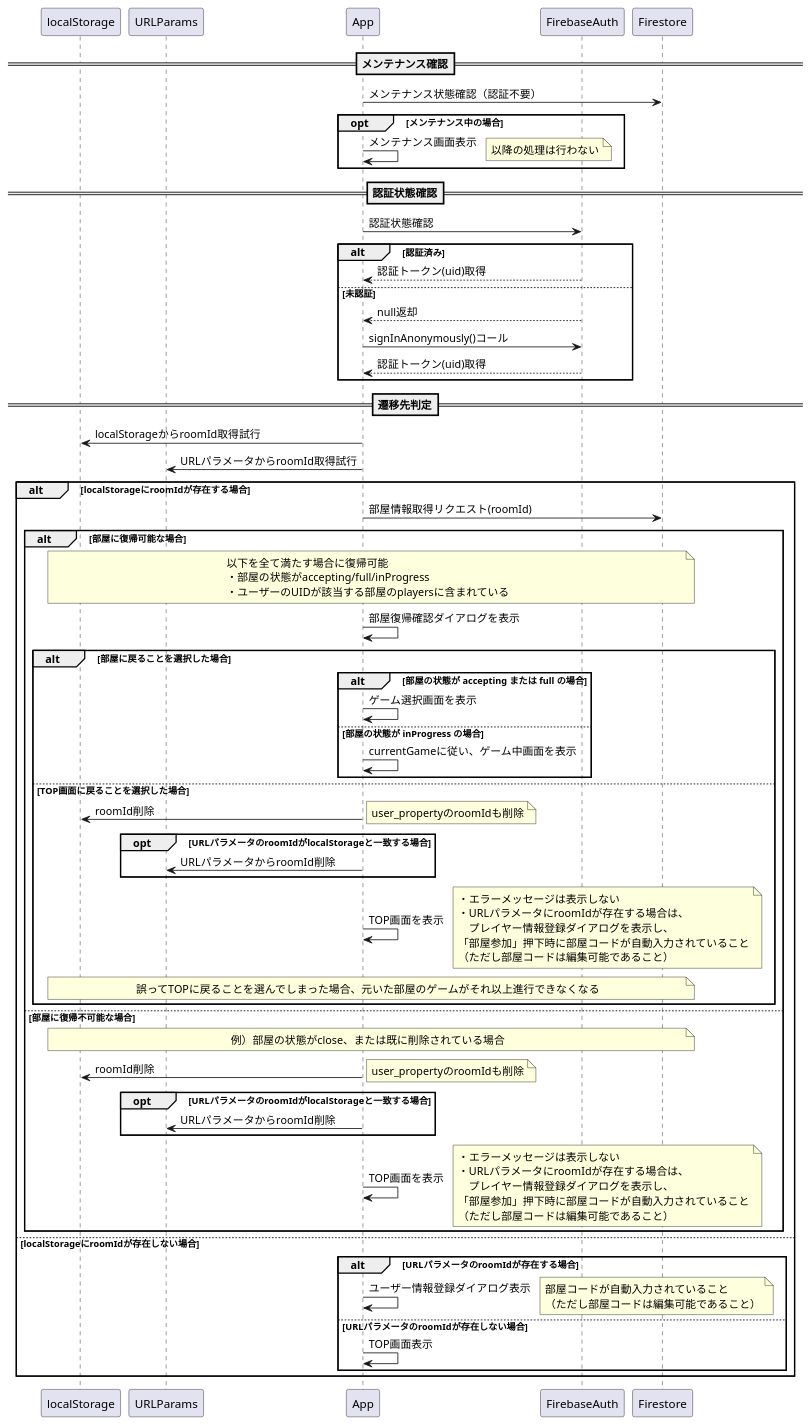
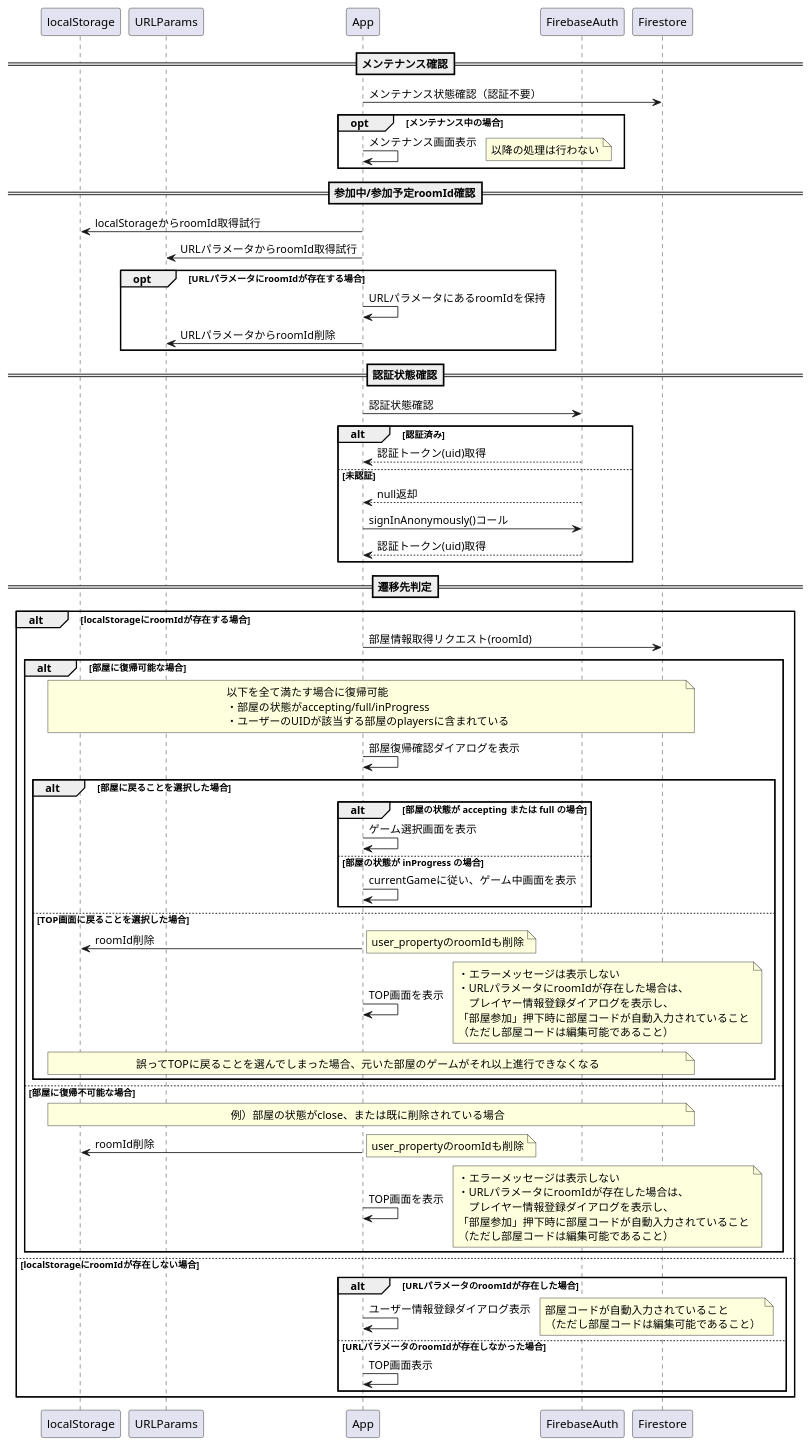
The diagram in doc/sequence/0000_startup_resume.wsd (hi-okuma/bdghub), drawn with PlantUML before and after one commit.

Commit message:
実装に即したシーケンス図の修正

```diff
--- a/doc/sequence/0000_startup_resume.wsd
+++ b/doc/sequence/0000_startup_resume.wsd
@@ -1,84 +1,83 @@
 @startuml
 
 participant localStorage
 participant URLParams
 participant App
 participant FirebaseAuth
 participant Firestore
 
 ==メンテナンス確認==
 
 App -> Firestore: メンテナンス状態確認（認証不要）
 
 opt メンテナンス中の場合
 App -> App: メンテナンス画面表示
 note right: 以降の処理は行わない
 end
 
+==参加中/参加予定roomId確認==
+
+App -> localStorage: localStorageからroomId取得試行
+App -> URLParams: URLパラメータからroomId取得試行
+opt URLパラメータにroomIdが存在する場合
+    App -> App: URLパラメータにあるroomIdを保持
+    App -> URLParams: URLパラメータからroomId削除
+end
+
 ==認証状態確認==
 
 App -> FirebaseAuth: 認証状態確認
 
 alt 認証済み
     App <-- FirebaseAuth: 認証トークン(uid)取得
 else 未認証
     App <-- FirebaseAuth: null返却
     App -> FirebaseAuth: signInAnonymously()コール
     App <-- FirebaseAuth: 認証トークン(uid)取得
 end
 
 ==遷移先判定==
 
-App -> localStorage: localStorageからroomId取得試行
-App -> URLParams: URLパラメータからroomId取得試行
 
 alt localStorageにroomIdが存在する場合
     App -> Firestore: 部屋情報取得リクエスト(roomId)
         
     alt 部屋に復帰可能な場合
         note across: 以下を全て満たす場合に復帰可能\n・部屋の状態がaccepting/full/inProgress\n・ユーザーのUIDが該当する部屋のplayersに含まれている
         App -> App: 部屋復帰確認ダイアログを表示
         
         alt 部屋に戻ることを選択した場合
             alt 部屋の状態が accepting または full の場合
                 App -> App: ゲーム選択画面を表示
             else 部屋の状態が inProgress の場合
                 App -> App: currentGameに従い、ゲーム中画面を表示
             end
         else TOP画面に戻ることを選択した場合
             App -> localStorage: roomId削除
             note right: user_propertyのroomIdも削除
-            
-            opt URLパラメータのroomIdがlocalStorageと一致する場合
-                App -> URLParams: URLパラメータからroomId削除
-            end
 
             App -> App: TOP画面を表示
-            note right: ・エラーメッセージは表示しない\n・URLパラメータにroomIdが存在する場合は、\n　プレイヤー情報登録ダイアログを表示し、\n「部屋参加」押下時に部屋コードが自動入力されていること\n（ただし部屋コードは編集可能であること）
+            note right: ・エラーメッセージは表示しない\n・URLパラメータにroomIdが存在した場合は、\n　プレイヤー情報登録ダイアログを表示し、\n「部屋参加」押下時に部屋コードが自動入力されていること\n（ただし部屋コードは編集可能であること）
             note across: 誤ってTOPに戻ることを選んでしまった場合、元いた部屋のゲームがそれ以上進行できなくなる
         end
     else 部屋に復帰不可能な場合
         note across: 例）部屋の状態がclose、または既に削除されている場合
         App -> localStorage: roomId削除
         note right: user_propertyのroomIdも削除
-                
-        opt URLパラメータのroomIdがlocalStorageと一致する場合
-            App -> URLParams: URLパラメータからroomId削除
-        end
 
         App -> App: TOP画面を表示
-        note right: ・エラーメッセージは表示しない\n・URLパラメータにroomIdが存在する場合は、\n　プレイヤー情報登録ダイアログを表示し、\n「部屋参加」押下時に部屋コードが自動入力されていること\n（ただし部屋コードは編集可能であること）
+        note right: ・エラーメッセージは表示しない\n・URLパラメータにroomIdが存在した場合は、\n　プレイヤー情報登録ダイアログを表示し、\n「部屋参加」押下時に部屋コードが自動入力されていること\n（ただし部屋コードは編集可能であること）
     end
 
 else localStorageにroomIdが存在しない場合
 
-    alt URLパラメータのroomIdが存在する場合
+    alt URLパラメータのroomIdが存在した場合
             App -> App: ユーザー情報登録ダイアログ表示
             note right: 部屋コードが自動入力されていること\n（ただし部屋コードは編集可能であること）
-    else URLパラメータのroomIdが存在しない場合
+    else URLパラメータのroomIdが存在しなかった場合
         App -> App: TOP画面表示
     end
 
 end
 
 @enduml
```
